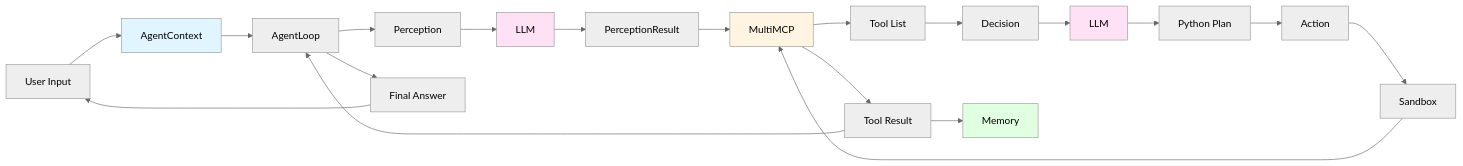
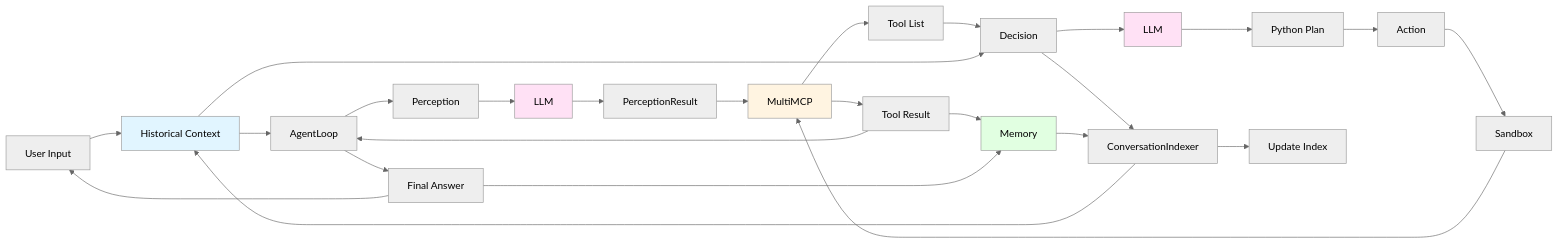
Before and after one commit to hsinghweb/eag-v2-s9: diagram 11 of 12 in Architecture.md, drawn with Mermaid (neutral theme). The commit also changed other lines of this file and 1 other file, not shown here.

````diff
--- a/Architecture.md
+++ b/Architecture.md
@@ -918,33 +1037,39 @@
 ```mermaid
 graph LR
     User[User Input] --> Context[AgentContext]
     Context --> Loop[AgentLoop]
     
     Loop --> P[Perception]
     P --> LLM1[LLM]
     LLM1 --> PR[PerceptionResult]
     
     PR --> MCP[MultiMCP]
     MCP --> Tools[Tool List]
     
     Tools --> D[Decision]
+    D --> Indexer[ConversationIndexer]
+    Indexer --> Context[Historical Context]
+    Context --> D
     D --> LLM2[LLM]
     LLM2 --> Plan[Python Plan]
     
     Plan --> A[Action]
     A --> SB[Sandbox]
     SB --> MCP
     MCP --> Result[Tool Result]
     
     Result --> Loop
     Result --> M[Memory]
     
     Loop --> Answer[Final Answer]
+    Answer --> M
+    M --> Indexer
+    Indexer --> Update[Update Index]
     Answer --> User
     
     style Context fill:#e1f5ff
     style LLM1 fill:#ffe1f5
     style LLM2 fill:#ffe1f5
     style MCP fill:#fff4e1
     style M fill:#e1ffe1
 ```
````
